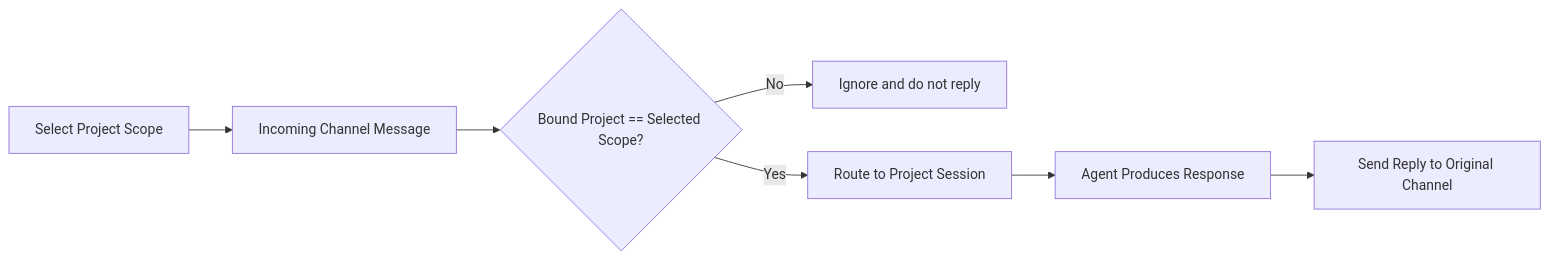
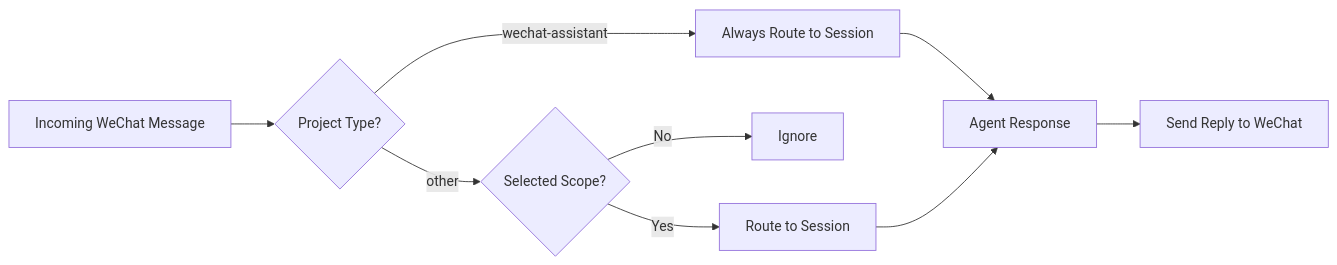
The diagram in E2E - user stories.md (lalalic/neox), drawn with Mermaid before and after one commit. The commit also changed other lines of this file and 1 other file, not shown here.

First line of the commit message:
feat: wechat-assistant background auto-listen bypass scope/channel guards

````diff
--- a/E2E - user stories.md
+++ b/E2E - user stories.md
@@ -18,9 +20,11 @@
 ```mermaid
 flowchart LR
-A[Select Project Scope] --> B[Incoming Channel Message]
-B --> C{Bound Project == Selected Scope?}
-C -->|No| D[Ignore and do not reply]
-C -->|Yes| E[Route to Project Session]
-E --> F[Agent Produces Response]
-F --> G[Send Reply to Original Channel]
+A[Incoming WeChat Message] --> B{Project Type?}
+B -->|wechat-assistant| C[Always Route to Session]
+B -->|other| D{Selected Scope?}
+D -->|No| E[Ignore]
+D -->|Yes| F[Route to Session]
+C --> G[Agent Response]
+F --> G
+G --> H[Send Reply to WeChat]
 ```
````
